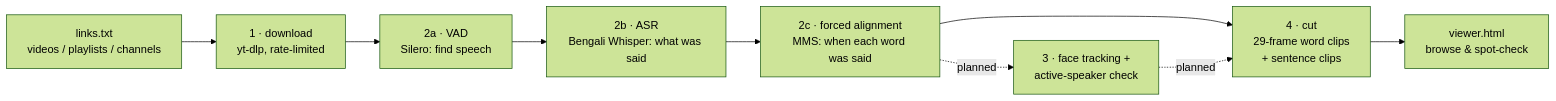
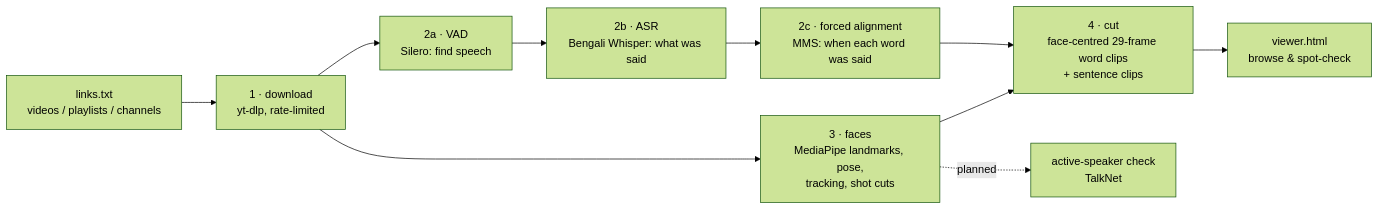
Before and after one commit to Animesh6096/bengali-vsr-dataset: the diagram in README.md, drawn with Mermaid (forest theme). The commit also changed other lines of this file and 6 other files, not shown here.

First line of the commit message:
feat: face tracking stage and face-centred clips

````diff
--- a/README.md
+++ b/README.md
@@ -34,11 +35,12 @@
 ```mermaid
 flowchart LR
     A[links.txt<br/>videos / playlists / channels] --> B[1 · download<br/>yt-dlp, rate-limited]
     B --> C[2a · VAD<br/>Silero: find speech]
     C --> D[2b · ASR<br/>Bengali Whisper: what was said]
     D --> E[2c · forced alignment<br/>MMS: when each word was said]
-    E --> F[4 · cut<br/>29-frame word clips<br/>+ sentence clips]
+    B --> H[3 · faces<br/>MediaPipe landmarks, pose,<br/>tracking, shot cuts]
+    E --> F[4 · cut<br/>face-centred 29-frame word clips<br/>+ sentence clips]
+    H --> F
     F --> G[viewer.html<br/>browse & spot-check]
-    E -. planned .-> H[3 · face tracking +<br/>active-speaker check]
-    H -. planned .-> F
+    H -. planned .-> I[active-speaker check<br/>TalkNet]
 ```
````
